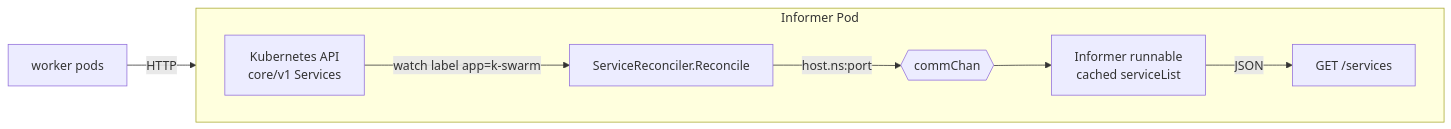
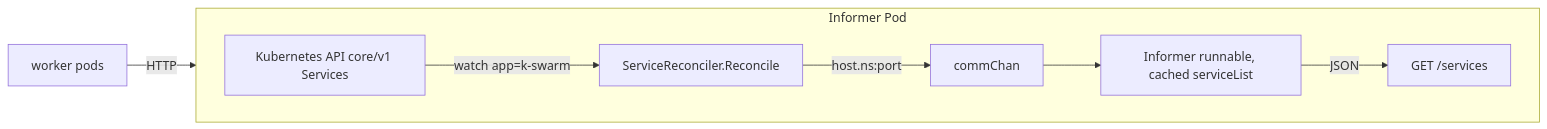
The fourth of 6 diagrams in docs/architecture.md (h0tbird/k-swarm), drawn with Mermaid before and after one commit. The commit also changed other lines of this file, not shown here.

Commit message:
Fix diagrams

````diff
--- a/docs/architecture.md
+++ b/docs/architecture.md
@@ -172,11 +173,11 @@
 ```mermaid
 flowchart LR
-    subgraph InformerPod["Informer Pod"]
+    subgraph InformerPod[Informer Pod]
         direction LR
-        K["Kubernetes API<br/>core/v1 Services"] -->|"watch label app=k-swarm"| R["ServiceReconciler.Reconcile"]
-        R -->|"host.ns:port"| C{{"commChan"}}
-        C --> G["Informer runnable<br/>cached serviceList"]
-        G -->|"JSON"| H["GET /services"]
+        K[Kubernetes API core/v1 Services] -->|watch app=k-swarm| R[ServiceReconciler.Reconcile]
+        R -->|host.ns:port| C[commChan]
+        C --> G[Informer runnable, cached serviceList]
+        G -->|JSON| H[GET /services]
     end
-    Worker["worker pods"] -->|"HTTP"| H
+    Worker[worker pods] -->|HTTP| H
 ```
````
